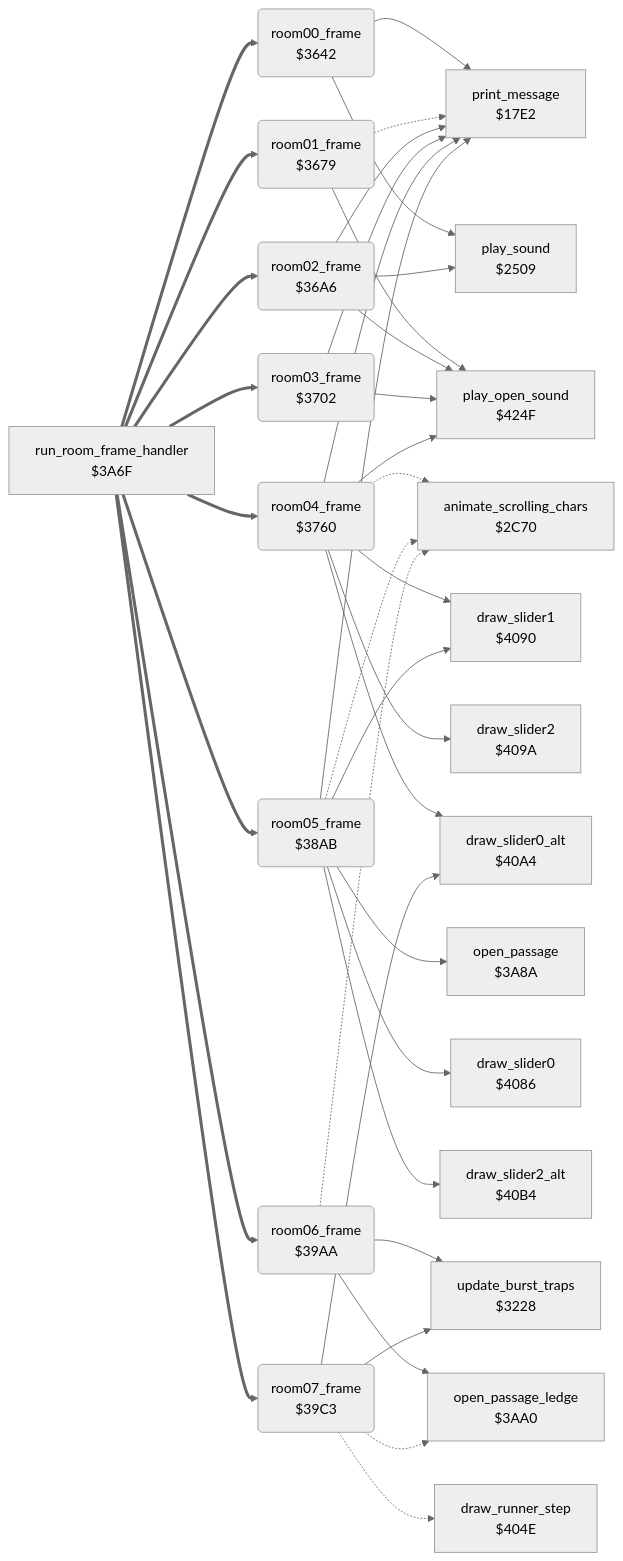
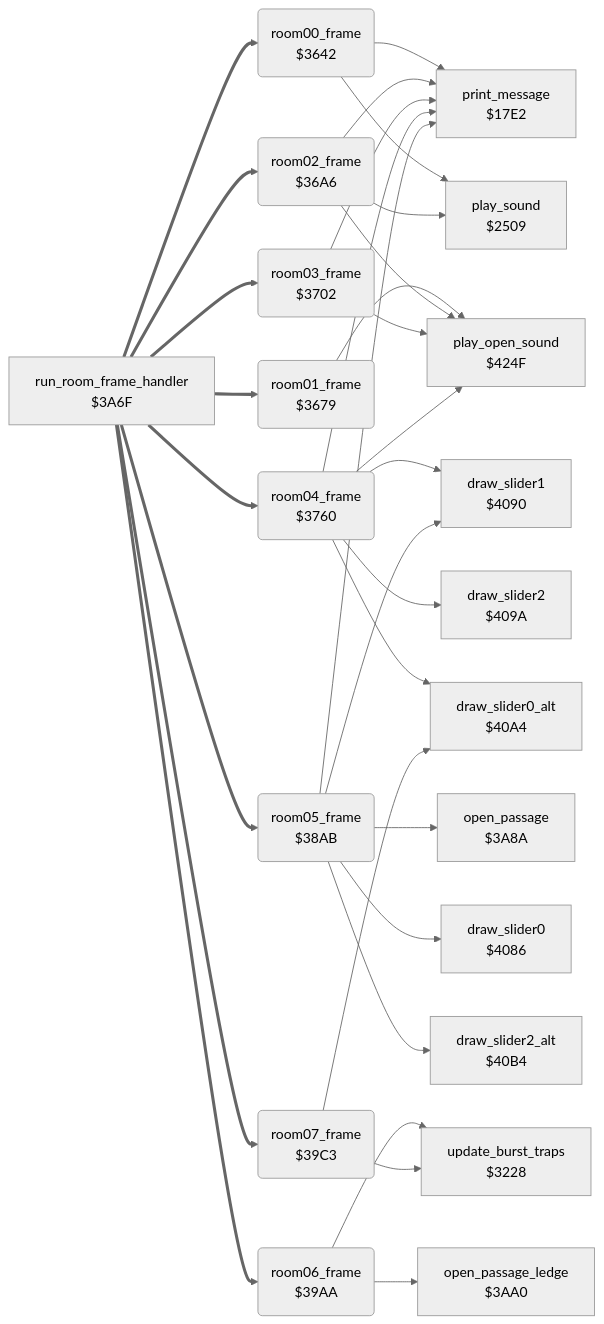
The diagram in bruce_lee/docs/reference/modules/room/room_frames_0_7.md (henols/c64_games), drawn with Mermaid (neutral theme) before and after one commit. The commit also changed other lines of this file and 236 other files, not shown here.

````diff
--- a/bruce_lee/docs/reference/modules/room/room_frames_0_7.md
+++ b/bruce_lee/docs/reference/modules/room/room_frames_0_7.md
@@ -10,61 +23,53 @@
 ```mermaid
 flowchart LR
   n17e2["print_message<br/>$17E2"]
   n2509["play_sound<br/>$2509"]
-  n2c70["animate_scrolling_chars<br/>$2C70"]
   n3228["update_burst_traps<br/>$3228"]
   n3642("room00_frame<br/>$3642")
   n3679("room01_frame<br/>$3679")
   n36a6("room02_frame<br/>$36A6")
   n3702("room03_frame<br/>$3702")
   n3760("room04_frame<br/>$3760")
   n38ab("room05_frame<br/>$38AB")
   n39aa("room06_frame<br/>$39AA")
   n39c3("room07_frame<br/>$39C3")
   n3a6f["run_room_frame_handler<br/>$3A6F"]
   n3a8a["open_passage<br/>$3A8A"]
   n3aa0["open_passage_ledge<br/>$3AA0"]
-  n404e["draw_runner_step<br/>$404E"]
   n4086["draw_slider0<br/>$4086"]
   n4090["draw_slider1<br/>$4090"]
   n409a["draw_slider2<br/>$409A"]
   n40a4["draw_slider0_alt<br/>$40A4"]
   n40b4["draw_slider2_alt<br/>$40B4"]
   n424f["play_open_sound<br/>$424F"]
   n3642 --> n17e2
   n3642 --> n2509
-  n3679 -.-> n17e2
   n3679 --> n424f
   n36a6 --> n17e2
   n36a6 --> n2509
   n36a6 --> n424f
   n3702 --> n17e2
   n3702 --> n424f
   n3760 --> n17e2
-  n3760 -.-> n2c70
   n3760 --> n4090
   n3760 --> n409a
   n3760 --> n40a4
   n3760 --> n424f
   n38ab --> n17e2
-  n38ab -.-> n2c70
   n38ab --> n3a8a
   n38ab --> n4086
   n38ab --> n4090
   n38ab --> n40b4
-  n39aa -.-> n2c70
   n39aa --> n3228
   n39aa --> n3aa0
   n39c3 --> n3228
-  n39c3 -.-> n3aa0
-  n39c3 -.-> n404e
   n39c3 --> n40a4
   n3a6f ==> n3642
   n3a6f ==> n3679
   n3a6f ==> n36a6
   n3a6f ==> n3702
   n3a6f ==> n3760
   n3a6f ==> n38ab
   n3a6f ==> n39aa
   n3a6f ==> n39c3
 ```
````
